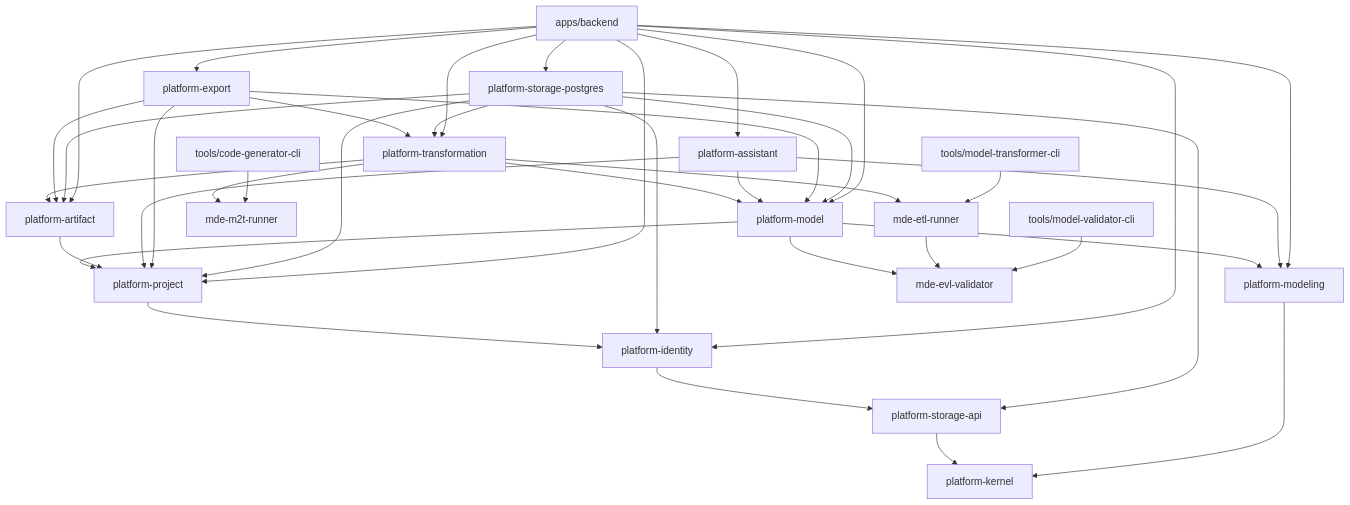
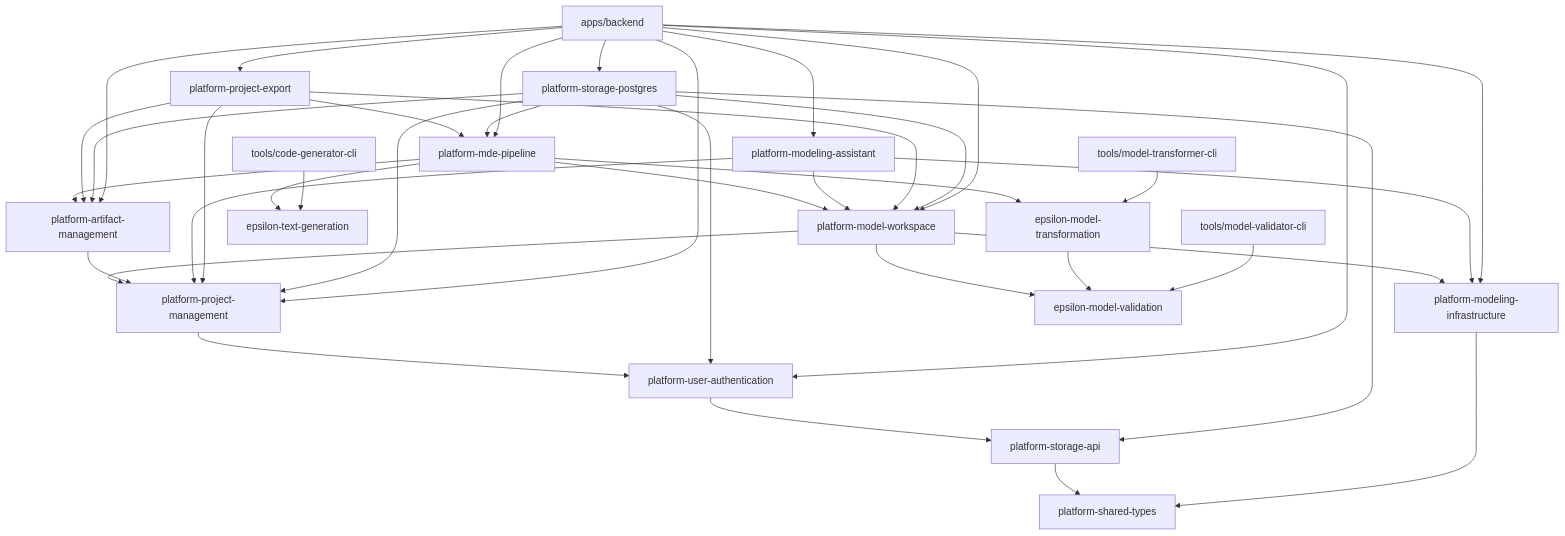
One commit to mehdieidi/modriss changed the first of 3 diagrams in docs/diagrams/05-module-dependencies.md. Above: the diagram before and after it, drawn with Mermaid. The commit also changed other lines of this file and 369 other files, not shown here.

````diff
--- a/docs/diagrams/05-module-dependencies.md
+++ b/docs/diagrams/05-module-dependencies.md
@@ -5,63 +5,63 @@
 ```mermaid
 flowchart TB
     backend["apps/backend"]
-    kernel["platform-kernel"]
+    kernel["platform-shared-types"]
     storageApi["platform-storage-api"]
-    identity["platform-identity"]
-    project["platform-project"]
-    modeling["platform-modeling"]
-    model["platform-model"]
-    artifact["platform-artifact"]
-    transform["platform-transformation"]
-    assistant["platform-assistant"]
-    export["platform-export"]
+    identity["platform-user-authentication"]
+    project["platform-project-management"]
+    modeling["platform-modeling-infrastructure"]
+    model["platform-model-workspace"]
+    artifact["platform-artifact-management"]
+    transform["platform-mde-pipeline"]
+    assistant["platform-modeling-assistant"]
+    export["platform-project-export"]
     storage["platform-storage-postgres"]
-    etl["mde-etl-runner"]
-    evl["mde-evl-validator"]
-    m2t["mde-m2t-runner"]
+    etl["epsilon-model-transformation"]
+    evl["epsilon-model-validation"]
+    m2t["epsilon-text-generation"]
     modelTransformationCli["tools/model-transformer-cli"]
     modelValidationCli["tools/model-validator-cli"]
     codeGeneratorCli["tools/code-generator-cli"]
 
     storageApi --> kernel
     identity --> storageApi
     project --> identity
     modeling --> kernel
     model --> project
     model --> modeling
     model --> evl
     artifact --> project
     transform --> model
     transform --> artifact
     transform --> etl
     transform --> m2t
     assistant --> project
     assistant --> model
     assistant --> modeling
     export --> project
     export --> model
     export --> artifact
     export --> transform
 
     storage --> storageApi
     storage --> identity
     storage --> project
     storage --> model
     storage --> artifact
     storage --> transform
 
     backend --> storage
     backend --> identity
     backend --> project
     backend --> model
     backend --> modeling
     backend --> artifact
     backend --> transform
     backend --> assistant
     backend --> export
 
     etl --> evl
     modelTransformationCli --> etl
     modelValidationCli --> evl
     codeGeneratorCli --> m2t
 ```
````
